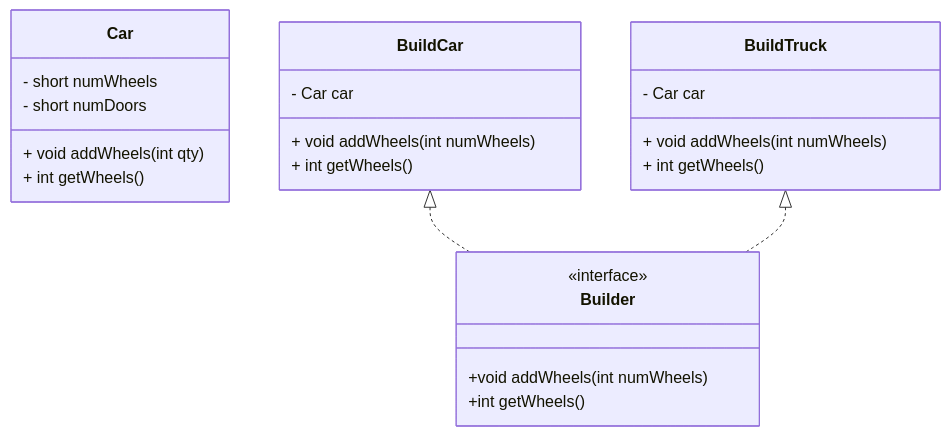
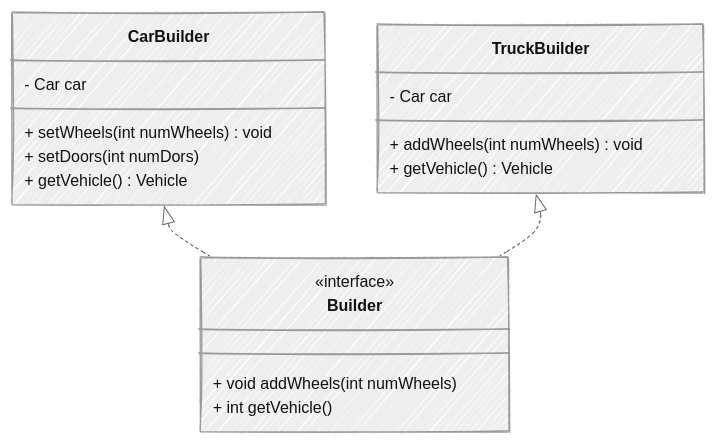
The first of 3 diagrams in design-patterns/creational/builder/README.adoc (FernandoBasso/dev-how-to), drawn with Mermaid before and after one commit. The commit also changed other lines of this file, not shown here.

Commit message:
design-patterns(creational,builder): Add more diagram examples

```diff
--- a/design-patterns/creational/builder/README.adoc
+++ b/design-patterns/creational/builder/README.adoc
@@ -38,33 +53,32 @@
 [mermaid]
 ....
+---
+config:
+  look: handDrawn
+  theme: neutral
+---
+
 classDiagram
 
-class Car {
-    - short numWheels
-    - short numDoors
-    + void addWheels(int qty)
-    + int getWheels()
+class Builder {
+  <<interface>>
+  + void addWheels(int numWheels)
+  + int getVehicle()
 }
 
-class Builder {
-<<interface>>
-+void addWheels(int numWheels)
-+int getWheels()
+class CarBuilder {
+  - Car car
+  + setWheels(int numWheels) void
+  + setDoors(int numDors)
+  + getVehicle() Vehicle
 }
 
-class BuildCar {
-- Car car
-+ void addWheels(int numWheels)
-+ int getWheels()
+class TruckBuilder {
+  - Car car
+  + addWheels(int numWheels) void
+  + getVehicle() Vehicle
 }
 
-class BuildTruck {
-- Car car
-+ void addWheels(int numWheels)
-+ int getWheels()
-}
-
-
-BuildCar <|.. Builder
-BuildTruck <|.. Builder
+CarBuilder <|.. Builder
+TruckBuilder <|.. Builder
 ....
```
